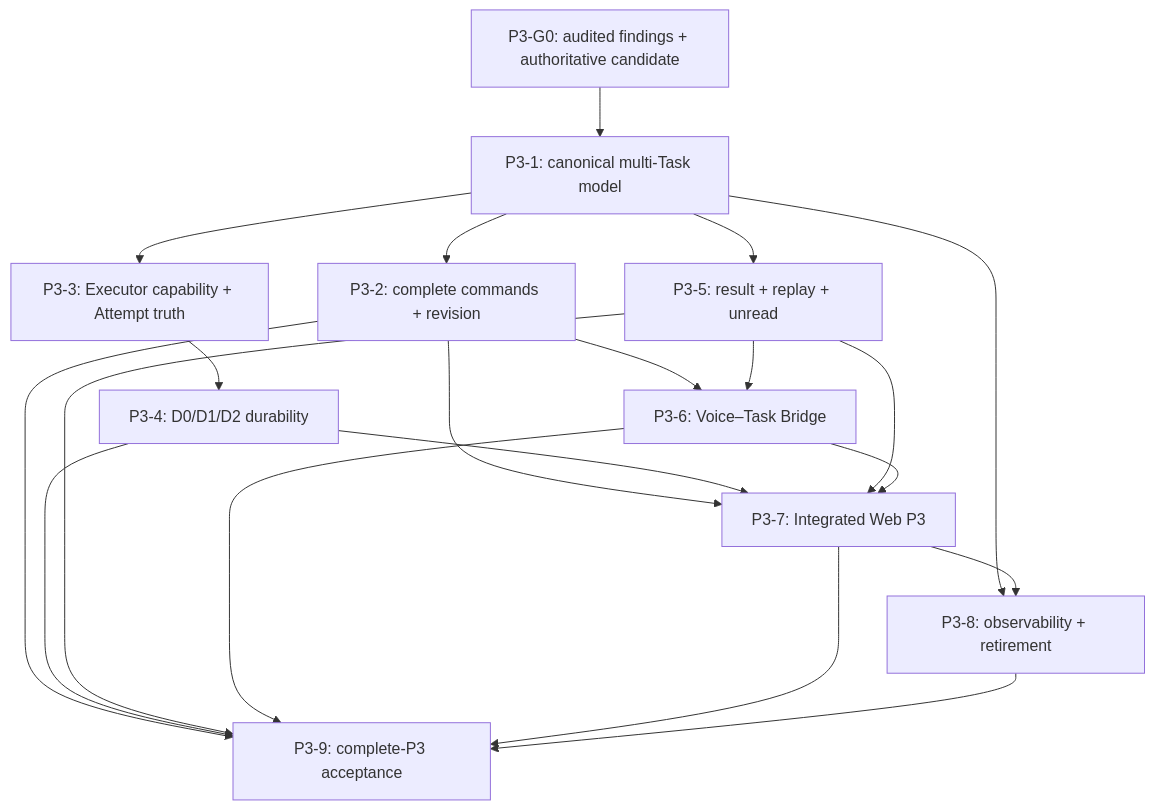
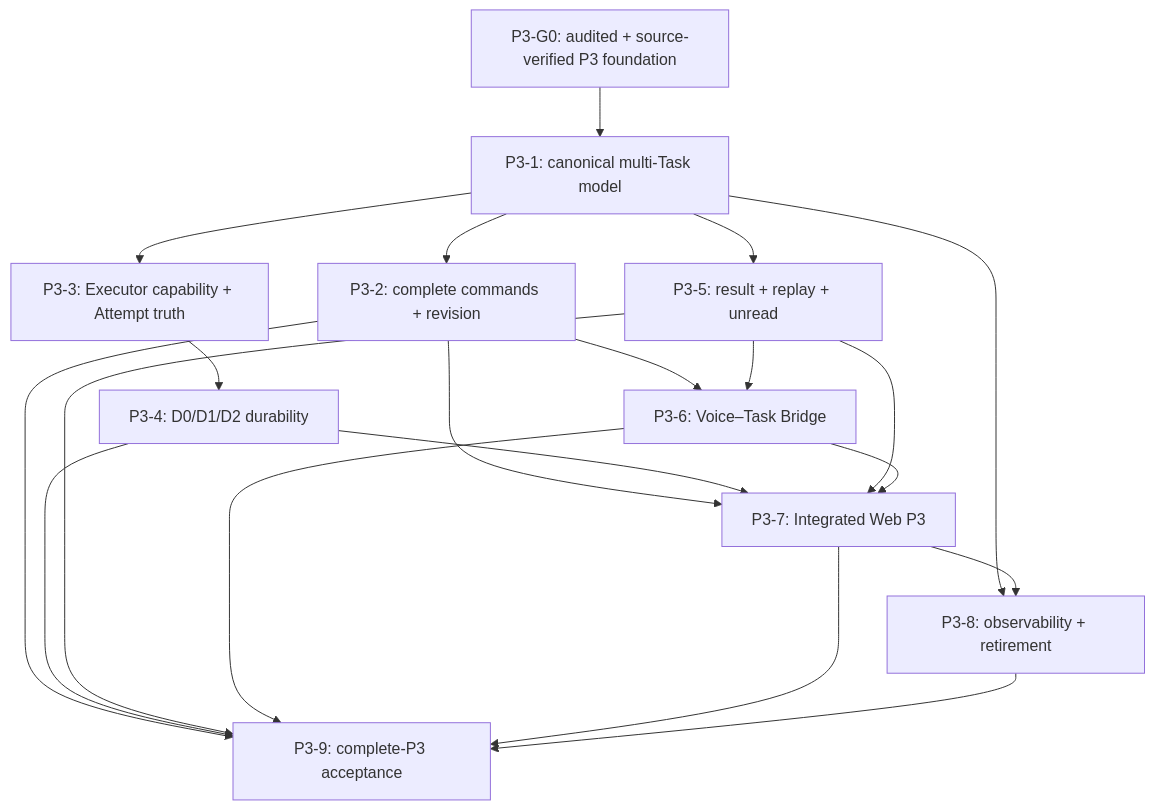
The diagram in live-voice/roadmap/FULL_P3_EXECUTION_PLAN.md (agtai/jiuwenswarm), drawn with Mermaid before and after one commit. The commit also changed other lines of this file and 4 other files, not shown here.

````diff
--- a/live-voice/roadmap/FULL_P3_EXECUTION_PLAN.md
+++ b/live-voice/roadmap/FULL_P3_EXECUTION_PLAN.md
@@ -174,33 +180,33 @@
 ```mermaid
 flowchart TD
-    G0["P3-G0: audited findings + authoritative candidate"]
+    G0["P3-G0: audited + source-verified P3 foundation"]
     M["P3-1: canonical multi-Task model"]
     C["P3-2: complete commands + revision"]
     E["P3-3: Executor capability + Attempt truth"]
     D["P3-4: D0/D1/D2 durability"]
     R["P3-5: result + replay + unread"]
     B["P3-6: Voice–Task Bridge"]
     W["P3-7: Integrated Web P3"]
     O["P3-8: observability + retirement"]
     A["P3-9: complete-P3 acceptance"]
 
     G0 --> M
     M --> C
     M --> E
     M --> R
     E --> D
     C --> B
     R --> B
     C --> W
     D --> W
     R --> W
     B --> W
     M --> O
     W --> O
     C --> A
     D --> A
     R --> A
     B --> A
     W --> A
     O --> A
 ```
````
